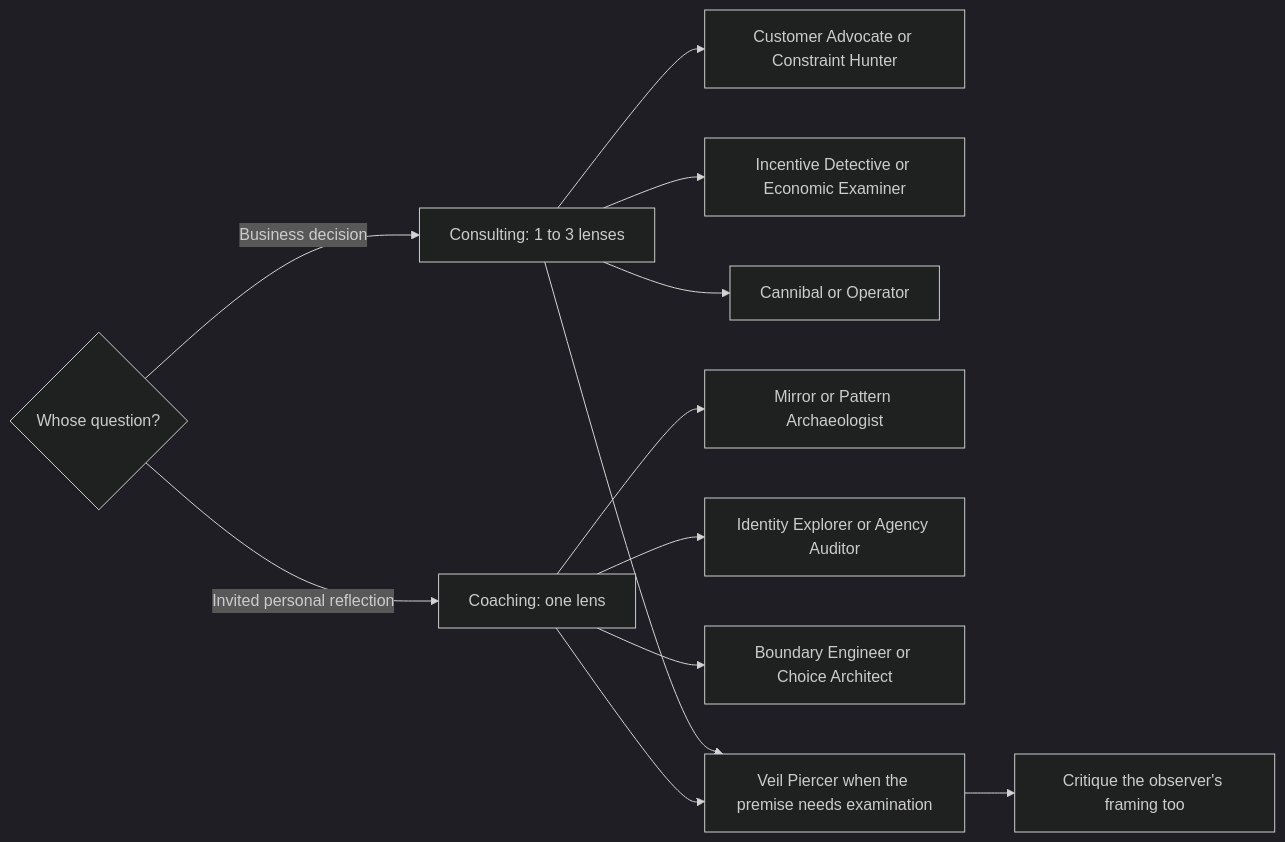
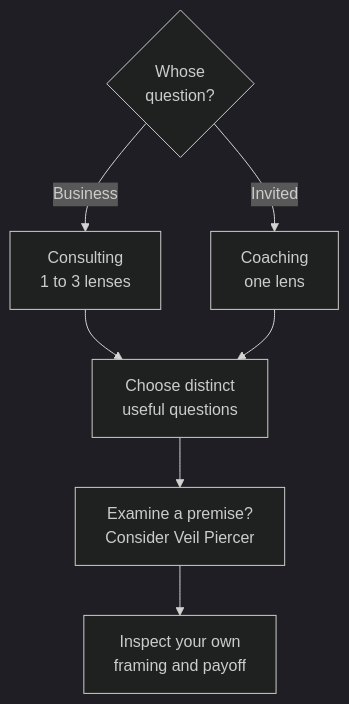
One commit to maciejjankowski/zizkian changed the second of 9 diagrams in docs/guide.md. Above: the diagram before and after it, drawn with Mermaid (dark theme). The commit also changed other lines of this file and 69 other files, not shown here.

````diff
--- a/docs/guide.md
+++ b/docs/guide.md
@@ -36,14 +30,9 @@
 ```mermaid
-flowchart LR
-    A{Whose question?} -->|Business decision| B[Consulting: 1 to 3 lenses]
-    A -->|Invited personal reflection| C[Coaching: one lens]
-    B --> B1[Customer Advocate or Constraint Hunter]
-    B --> B2[Incentive Detective or Economic Examiner]
-    B --> B3[Cannibal or Operator]
-    C --> C1[Mirror or Pattern Archaeologist]
-    C --> C2[Identity Explorer or Agency Auditor]
-    C --> C3[Boundary Engineer or Choice Architect]
-    B --> V[Veil Piercer when the premise needs examination]
-    C --> V
-    V --> R[Critique the observer's framing too]
+flowchart TD
+    A{"Whose<br/>question?"} -->|Business| B["Consulting<br/>1 to 3 lenses"]
+    A -->|Invited| C["Coaching<br/>one lens"]
+    B --> D["Choose distinct<br/>useful questions"]
+    C --> D
+    D --> V["Examine a premise?<br/>Consider Veil Piercer"]
+    V --> R["Inspect your own<br/>framing and payoff"]
 ```
````
